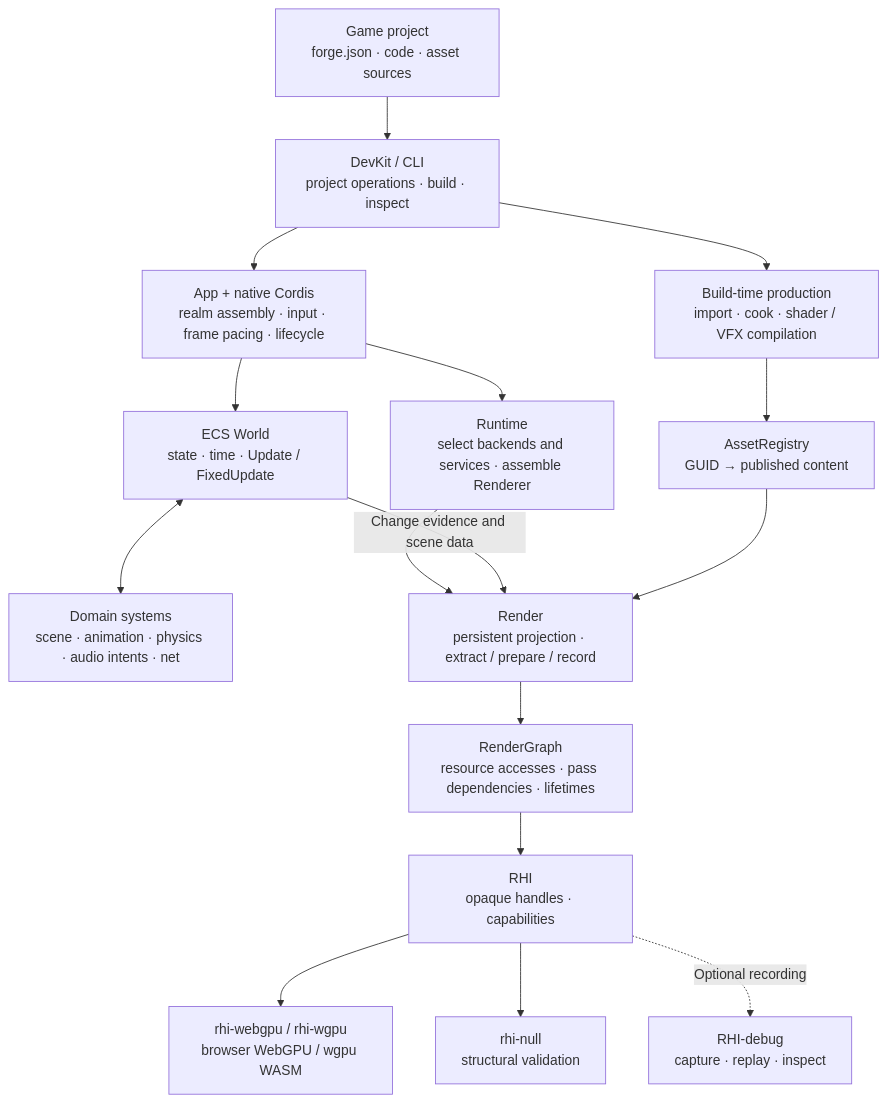
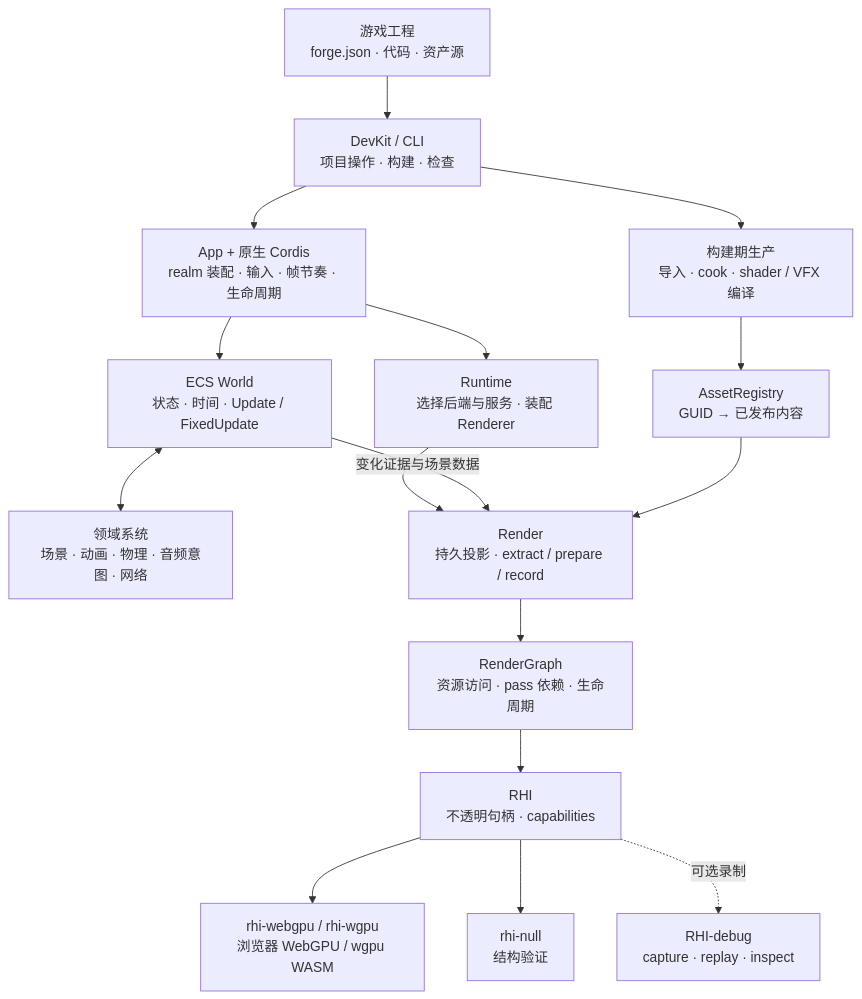
Before and after one commit to ForgeAX/forgeax-engine: the first of 2 diagrams in README.md, drawn with Mermaid. The commit also changed other lines of this file and 539 other files, not shown here.

````diff
--- a/README.md
+++ b/README.md
@@ -190,32 +190,32 @@
 ```mermaid
 flowchart TB
-    PROJECT["Game project<br/>forge.json · code · asset sources"]
-    DEVKIT["DevKit / CLI<br/>project operations · build · inspect"]
-    COOK["Build-time production<br/>import · cook · shader / VFX compilation"]
-    ASSETS["AssetRegistry<br/>GUID → published content"]
-    APP["App + native Cordis<br/>realm assembly · input · frame pacing · lifecycle"]
-    WORLD["ECS World<br/>state · time · Update / FixedUpdate"]
-    DOMAINS["Domain systems<br/>scene · animation · physics · audio intents · net"]
-    RUNTIME["Runtime<br/>select backends and services · assemble Renderer"]
-    RENDER["Render<br/>persistent projection · extract / prepare / record"]
-    GRAPH["RenderGraph<br/>resource accesses · pass dependencies · lifetimes"]
-    RHI["RHI<br/>opaque handles · capabilities"]
-    GPU["rhi-webgpu / rhi-wgpu<br/>browser WebGPU / wgpu WASM"]
-    NULL["rhi-null<br/>structural validation"]
+    PROJECT["游戏工程<br/>forge.json · 代码 · 资产源"]
+    DEVKIT["DevKit / CLI<br/>项目操作 · 构建 · 检查"]
+    COOK["构建期生产<br/>导入 · cook · shader / VFX 编译"]
+    ASSETS["AssetRegistry<br/>GUID → 已发布内容"]
+    APP["App + 原生 Cordis<br/>realm 装配 · 输入 · 帧节奏 · 生命周期"]
+    WORLD["ECS World<br/>状态 · 时间 · Update / FixedUpdate"]
+    DOMAINS["领域系统<br/>场景 · 动画 · 物理 · 音频意图 · 网络"]
+    RUNTIME["Runtime<br/>选择后端与服务 · 装配 Renderer"]
+    RENDER["Render<br/>持久投影 · extract / prepare / record"]
+    GRAPH["RenderGraph<br/>资源访问 · pass 依赖 · 生命周期"]
+    RHI["RHI<br/>不透明句柄 · capabilities"]
+    GPU["rhi-webgpu / rhi-wgpu<br/>浏览器 WebGPU / wgpu WASM"]
+    NULL["rhi-null<br/>结构验证"]
     DEBUG["RHI-debug<br/>capture · replay · inspect"]
     PROJECT --> DEVKIT
     DEVKIT --> COOK
     COOK --> ASSETS
     DEVKIT --> APP
     APP --> WORLD
     APP --> RUNTIME
     WORLD <--> DOMAINS
     RUNTIME --> RENDER
-    WORLD -->|"Change evidence and scene data"| RENDER
+    WORLD -->|"变化证据与场景数据"| RENDER
     ASSETS --> RENDER
     RENDER --> GRAPH
     GRAPH --> RHI
     RHI --> GPU
     RHI --> NULL
-    RHI -.->|"Optional recording"| DEBUG
+    RHI -.->|"可选录制"| DEBUG
 ```
````
